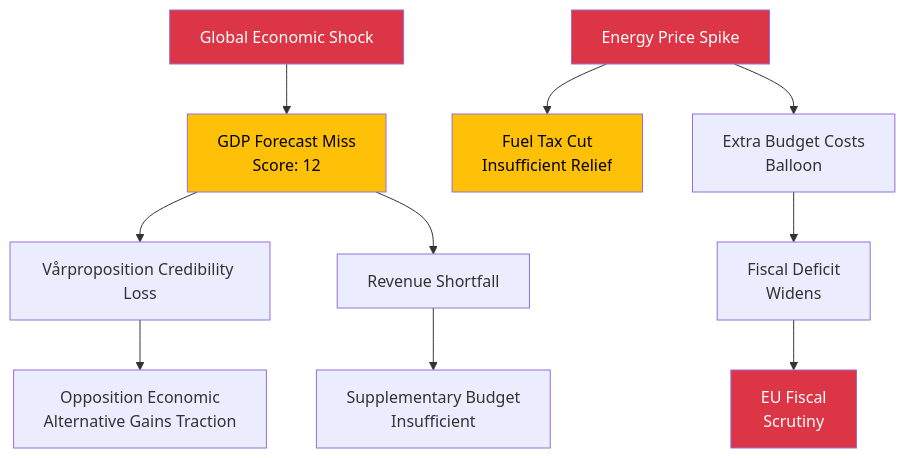
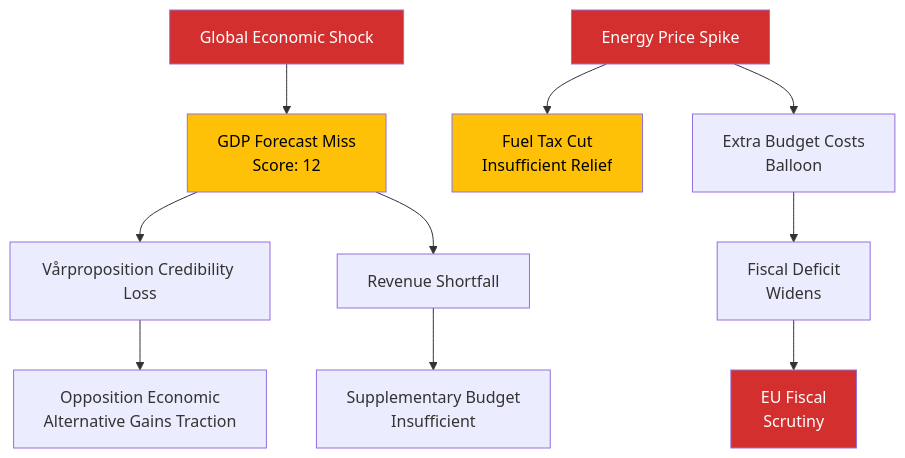
One commit to Hack23/riksdagsmonitor changed the second of 2 diagrams in analysis/daily/2026-04-13/propositions/risk-assessment.md. Above: the diagram before and after it, drawn with Mermaid. The commit also changed 785 other files, not shown here.

First line of the commit message:
Normalize mermaid colors across 786 analysis artifacts to ISMS Style Guide palette

````diff
--- a/analysis/daily/2026-04-13/propositions/risk-assessment.md
+++ b/analysis/daily/2026-04-13/propositions/risk-assessment.md
@@ -42,19 +42,19 @@
 ```mermaid
 flowchart TD
     A["Global Economic Shock"] --> B["GDP Forecast Miss<br/>Score: 12"]
     B --> C["Vårproposition Credibility Loss"]
     B --> D["Revenue Shortfall"]
     D --> E["Supplementary Budget<br/>Insufficient"]
     C --> F["Opposition Economic<br/>Alternative Gains Traction"]
     
     G["Energy Price Spike"] --> H["Fuel Tax Cut<br/>Insufficient Relief"]
     G --> I["Extra Budget Costs<br/>Balloon"]
     I --> J["Fiscal Deficit<br/>Widens"]
     J --> K["EU Fiscal<br/>Scrutiny"]
     
-    style A fill:#dc3545,color:#fff
-    style G fill:#dc3545,color:#fff
-    style B fill:#ffc107,color:#000
-    style H fill:#ffc107,color:#000
-    style K fill:#dc3545,color:#fff
+    style A fill:#D32F2F,color:#FFFFFF
+    style G fill:#D32F2F,color:#FFFFFF
+    style B fill:#FFC107,color:#000000
+    style H fill:#FFC107,color:#000000
+    style K fill:#D32F2F,color:#FFFFFF
 ```
````
